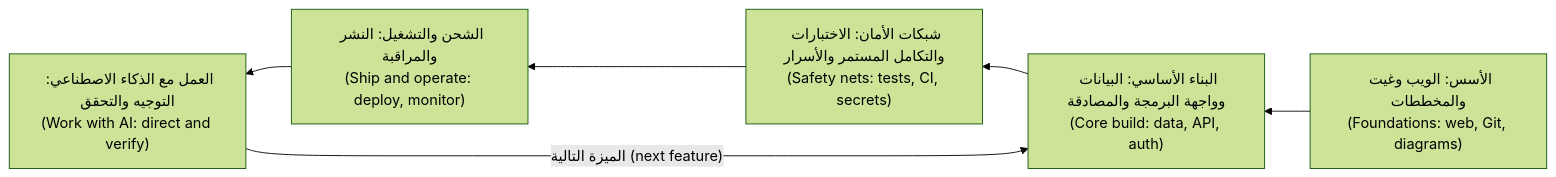
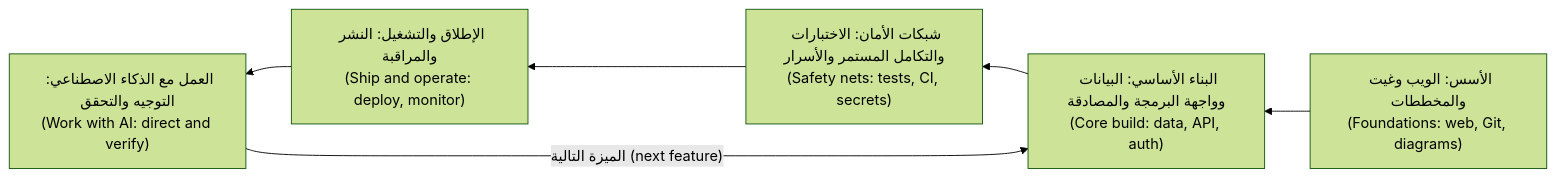
Before and after one commit to Tamoura/system-design-for-vibe-coders: the first of 4 diagrams in career/modules/02-paths.ar.md, drawn with Mermaid (forest theme). The commit also changed other lines of this file and 433 other files, not shown here.

````diff
--- a/career/modules/02-paths.ar.md
+++ b/career/modules/02-paths.ar.md
@@ -68,8 +70,8 @@
 ```mermaid
 flowchart RL
     A["الأسس: الويب وغيت والمخططات<br/>(Foundations: web, Git, diagrams)"] --> B["البناء الأساسي: البيانات وواجهة البرمجة والمصادقة<br/>(Core build: data, API, auth)"]
     B --> C["شبكات الأمان: الاختبارات والتكامل المستمر والأسرار<br/>(Safety nets: tests, CI, secrets)"]
-    C --> D["الشحن والتشغيل: النشر والمراقبة<br/>(Ship and operate: deploy, monitor)"]
+    C --> D["الإطلاق والتشغيل: النشر والمراقبة<br/>(Ship and operate: deploy, monitor)"]
     D --> E["العمل مع الذكاء الاصطناعي: التوجيه والتحقق<br/>(Work with AI: direct and verify)"]
     E -->|"الميزة التالية (next feature)"| B
 ```
````
